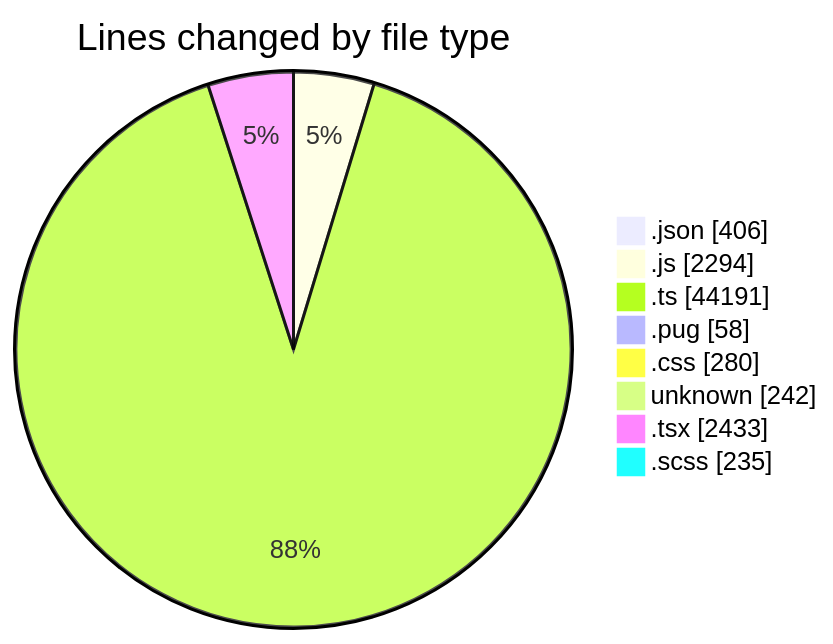
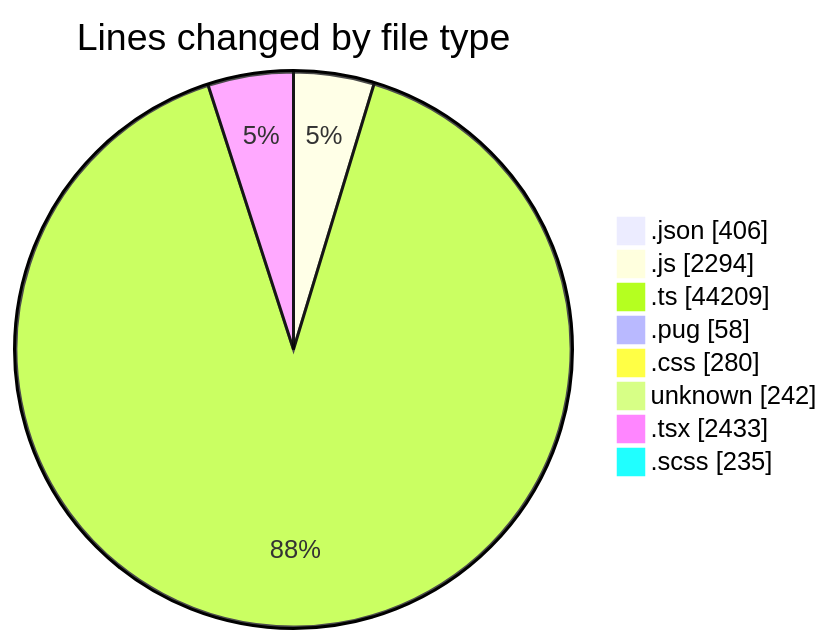
Before and after one commit to momahboobian/code-tracking: the first of 2 diagrams in 2026-06-02/cda/README.md, drawn with Mermaid. The commit also changed other lines of this file and 1 other file, not shown here.

````diff
--- a/2026-06-02/cda/README.md
+++ b/2026-06-02/cda/README.md
@@ -69,12 +69,12 @@
 ```mermaid
 pie showData
 title Lines changed by file type
 ".json" : 406
 ".js" : 2294
-".ts" : 44191
+".ts" : 44209
 ".pug" : 58
 ".css" : 280
 "unknown" : 242
 ".tsx" : 2433
 ".scss" : 235
 ```
````
